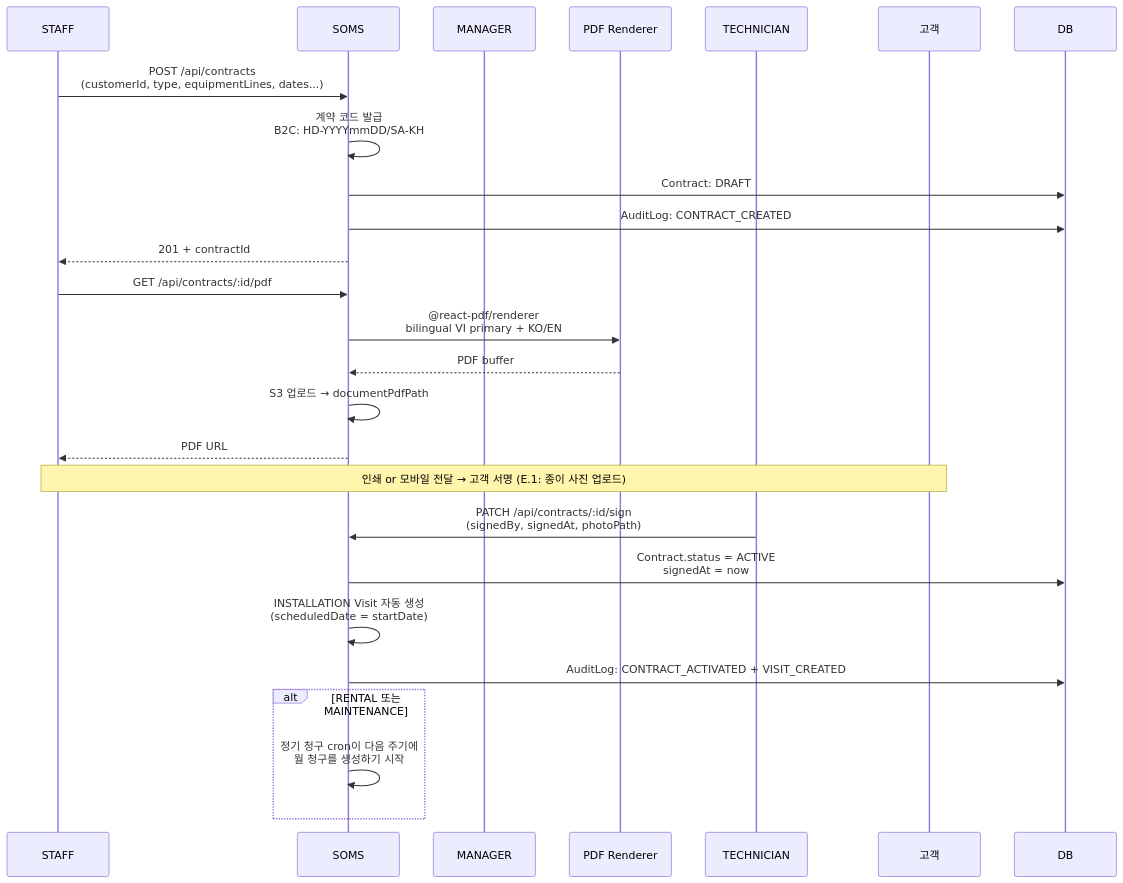
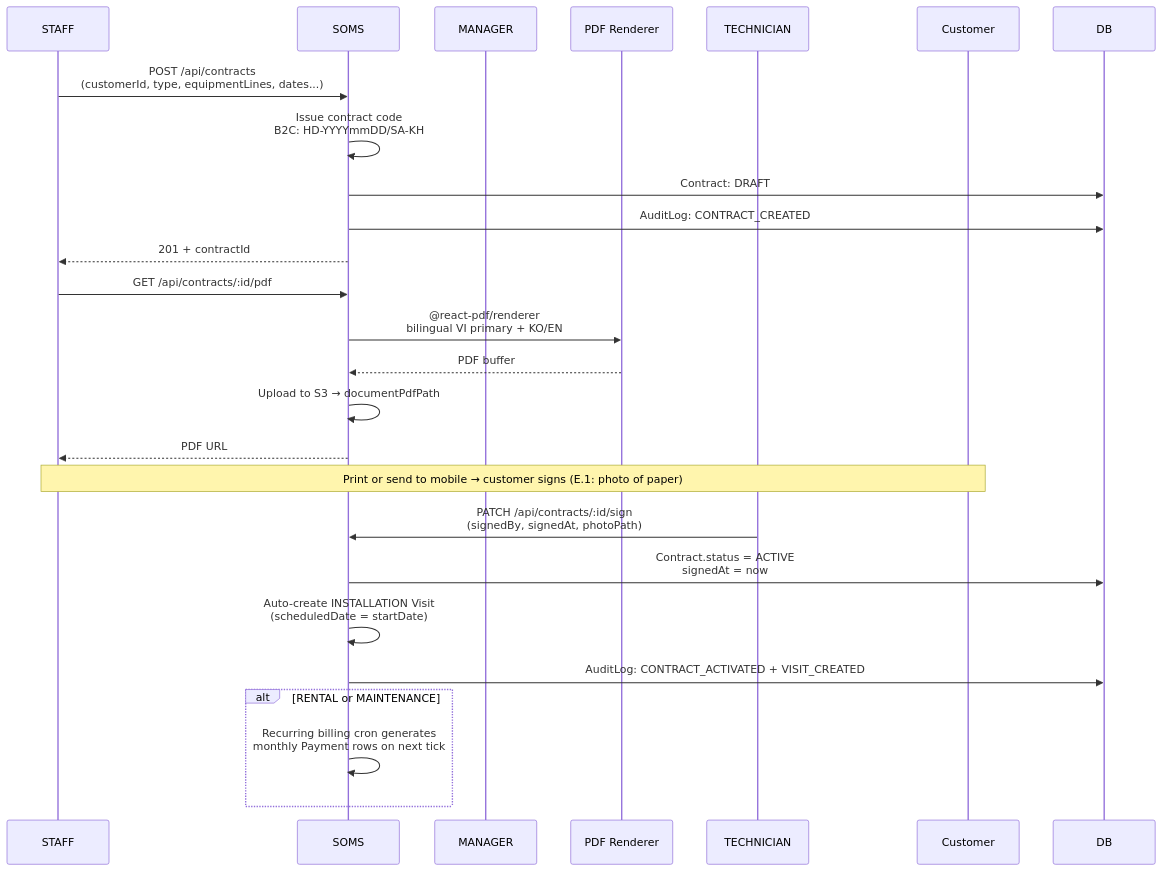
One commit to JoJakeTaemoon/jakes-home-appliances-soms changed the tenth of 43 diagrams in docs/USER_WORKFLOWS.md. Above: the diagram before and after it, drawn with Mermaid. The commit also changed other lines of this file and 1 other file, not shown here.

First line of the commit message:
docs(workflows): add per-Part summary diagrams to HOW_TO_USE.md + translate USER_WORKFLOWS.md to English

````diff
--- a/docs/USER_WORKFLOWS.md
+++ b/docs/USER_WORKFLOWS.md
@@ -322,33 +322,33 @@
 ```mermaid
 sequenceDiagram
   participant Staff as STAFF
   participant System as SOMS
   participant Manager as MANAGER
   participant PDF as PDF Renderer
   participant Tech as TECHNICIAN
-  participant Customer as 고객
+  participant Customer as Customer
   participant DB as DB
 
   Staff->>System: POST /api/contracts<br/>(customerId, type, equipmentLines, dates...)
-  System->>System: 계약 코드 발급<br/>B2C: HD-YYYYmmDD/SA-KH####<br/>B2B: HD-YYYYmmDD/SA-{shortcode}
+  System->>System: Issue contract code<br/>B2C: HD-YYYYmmDD/SA-KH####<br/>B2B: HD-YYYYmmDD/SA-{shortcode}
   System->>DB: Contract: DRAFT
   System->>DB: AuditLog: CONTRACT_CREATED
   System-->>Staff: 201 + contractId
 
   Staff->>System: GET /api/contracts/:id/pdf
   System->>PDF: @react-pdf/renderer<br/>bilingual VI primary + KO/EN
   PDF-->>System: PDF buffer
-  System->>System: S3 업로드 → documentPdfPath
+  System->>System: Upload to S3 → documentPdfPath
   System-->>Staff: PDF URL
 
-  Note over Staff,Customer: 인쇄 or 모바일 전달 → 고객 서명 (E.1: 종이 사진 업로드)
+  Note over Staff,Customer: Print or send to mobile → customer signs (E.1: photo of paper)
 
   Tech->>System: PATCH /api/contracts/:id/sign<br/>(signedBy, signedAt, photoPath)
   System->>DB: Contract.status = ACTIVE<br/>signedAt = now
-  System->>System: INSTALLATION Visit 자동 생성<br/>(scheduledDate = startDate)
+  System->>System: Auto-create INSTALLATION Visit<br/>(scheduledDate = startDate)
   System->>DB: AuditLog: CONTRACT_ACTIVATED + VISIT_CREATED
 
-  alt RENTAL 또는 MAINTENANCE
-    System->>System: 정기 청구 cron이 다음 주기에<br/>월 청구를 생성하기 시작
+  alt RENTAL or MAINTENANCE
+    System->>System: Recurring billing cron generates<br/>monthly Payment rows on next tick
   end
 ```
````
